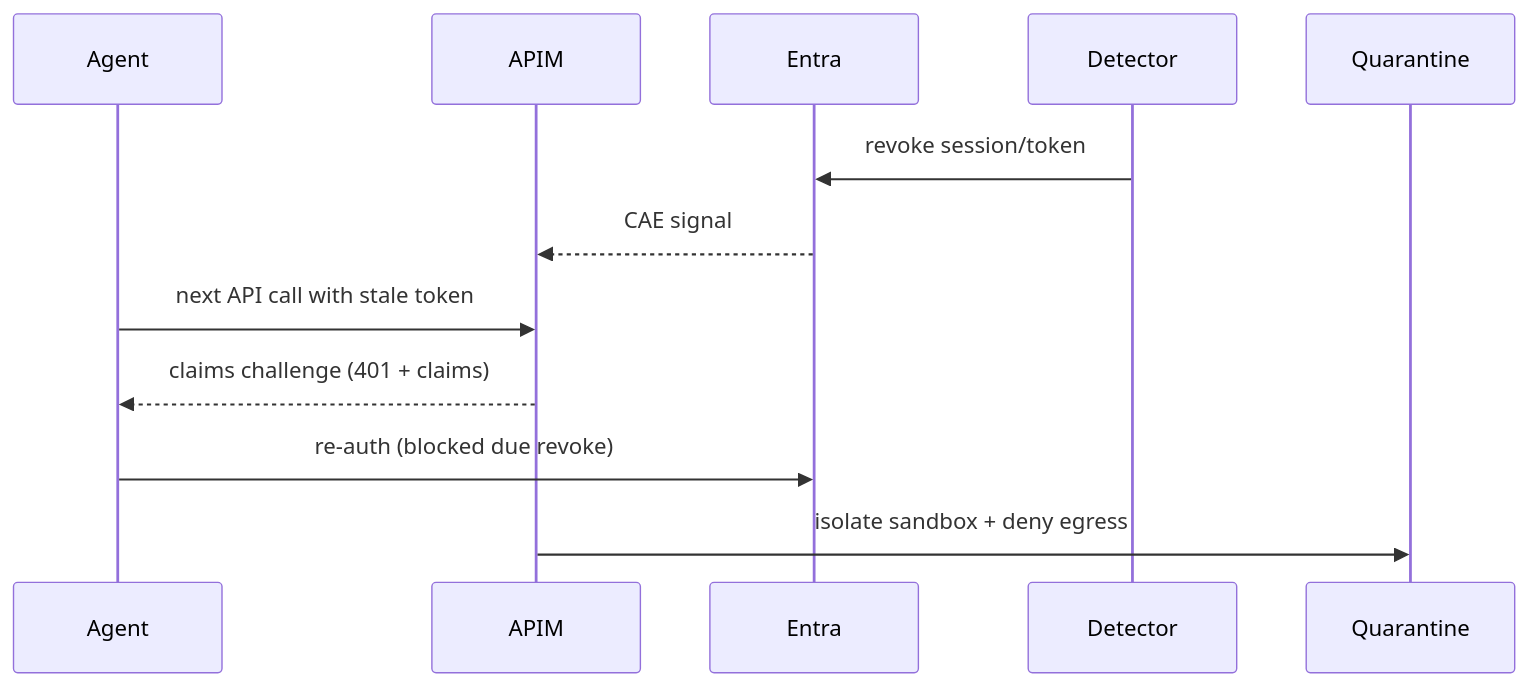
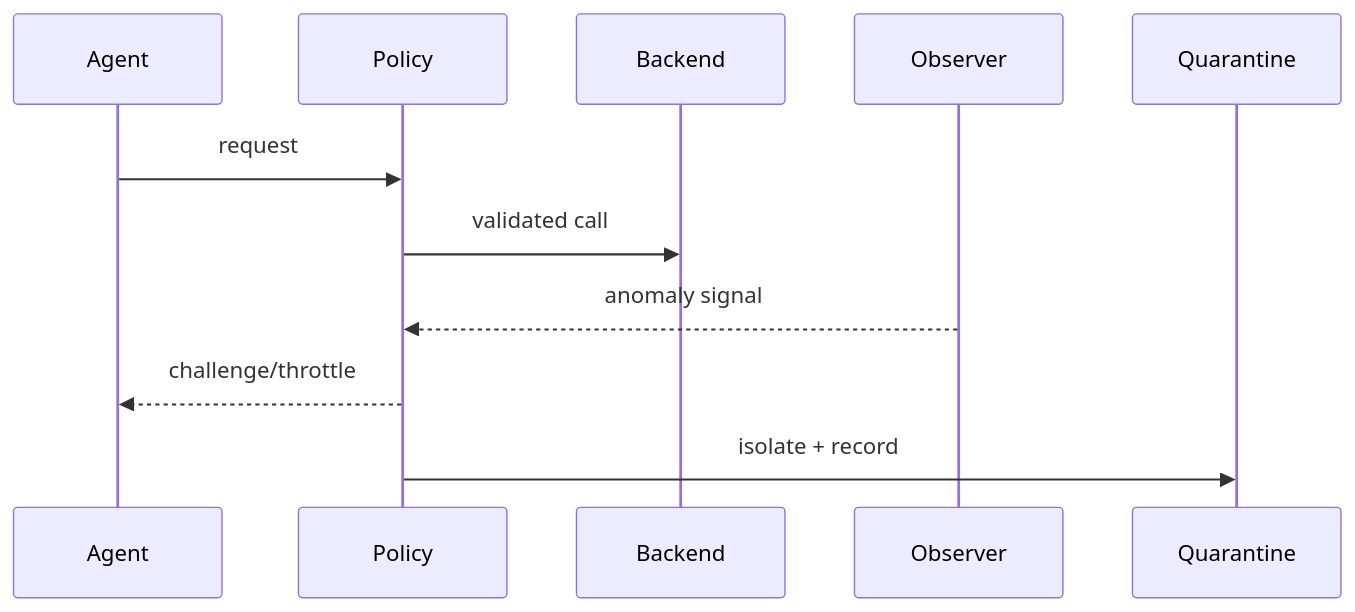
The second of 2 diagrams in docs/azure-agent-infra/entra-agent-id-workload-federation-cae-jit-pim-faq-r1102.md (turbo998/ai-infra-lab), drawn with Mermaid before and after one commit. The commit also changed other lines of this file and 40 other files, not shown here.

````diff
--- a/docs/azure-agent-infra/entra-agent-id-workload-federation-cae-jit-pim-faq-r1102.md
+++ b/docs/azure-agent-infra/entra-agent-id-workload-federation-cae-jit-pim-faq-r1102.md
@@ -807,15 +146,13 @@
 ```mermaid
 sequenceDiagram
-  participant Agent
-  participant APIM
-  participant Entra
-  participant Detector
-  participant Quarantine
-
-  Detector->>Entra: revoke session/token
-  Entra-->>APIM: CAE signal
-  Agent->>APIM: next API call with stale token
-  APIM-->>Agent: claims challenge (401 + claims)
-  Agent->>Entra: re-auth (blocked due revoke)
-  APIM->>Quarantine: isolate sandbox + deny egress
+  participant A as Agent
+  participant P as Policy
+  participant B as Backend
+  participant O as Observer
+  participant Q as Quarantine
+  A->>P: request
+  P->>B: validated call
+  O-->>P: anomaly signal
+  P-->>A: challenge/throttle
+  P->>Q: isolate + record
 ```
````
